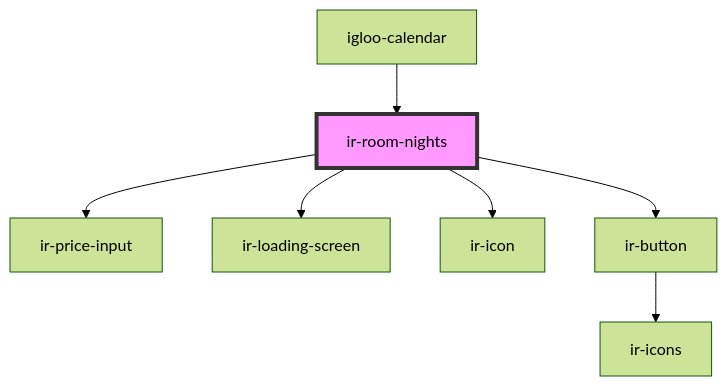
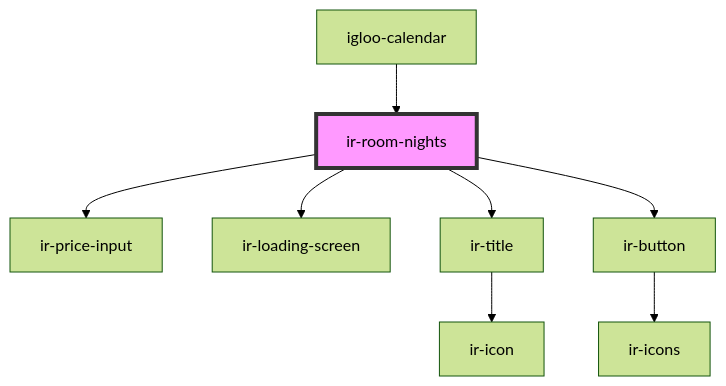
The diagram in src/components/igloo-calendar/ir-room-nights/readme.md (David1Chowaifaty/modified-ir-webcmp), drawn with Mermaid (forest theme) before and after one commit. The commit also changed other lines of this file and 17 other files, not shown here.

````diff
--- a/src/components/igloo-calendar/ir-room-nights/readme.md
+++ b/src/components/igloo-calendar/ir-room-nights/readme.md
@@ -44,10 +44,11 @@
 ```mermaid
 graph TD;
   ir-room-nights --> ir-price-input
   ir-room-nights --> ir-loading-screen
-  ir-room-nights --> ir-icon
+  ir-room-nights --> ir-title
   ir-room-nights --> ir-button
+  ir-title --> ir-icon
   ir-button --> ir-icons
   igloo-calendar --> ir-room-nights
   style ir-room-nights fill:#f9f,stroke:#333,stroke-width:4px
 ```
````
